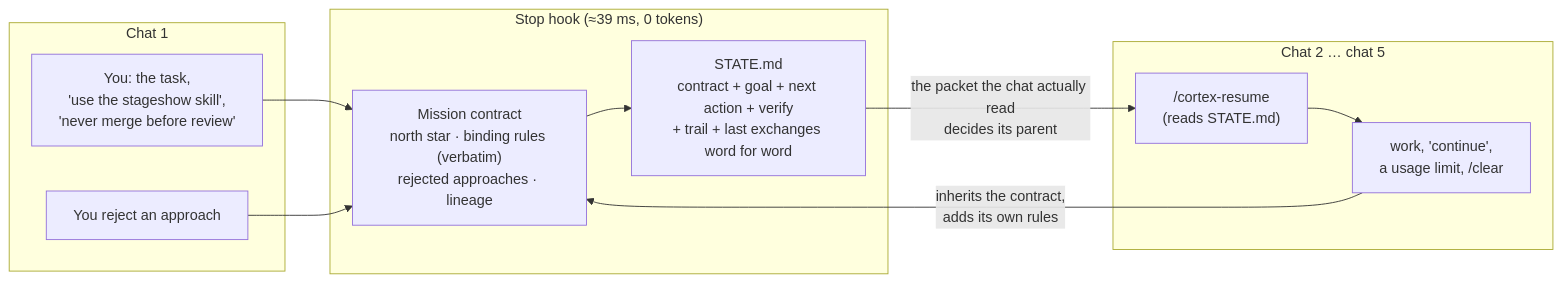
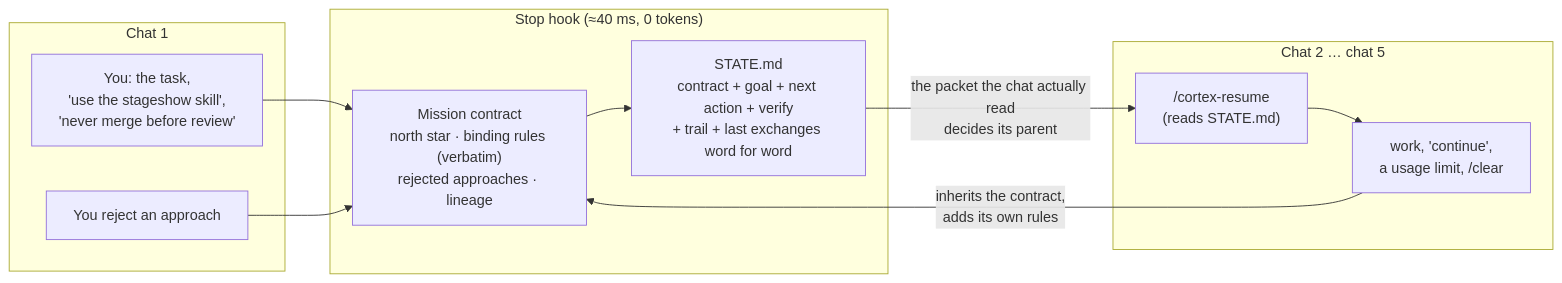
One commit to kafilcodes/kapex-cortex changed the first of 4 diagrams in docs/ARCHITECTURE.md. Above: the diagram before and after it, drawn with Mermaid. The commit also changed other lines of this file and 24 other files, not shown here.

````diff
--- a/docs/ARCHITECTURE.md
+++ b/docs/ARCHITECTURE.md
@@ -9,21 +9,21 @@
 ```mermaid
 flowchart LR
     subgraph C1["Chat 1"]
         U1["You: the task,<br/>'use the stageshow skill',<br/>'never merge before review'"]
         R1["You reject an approach"]
     end
-    subgraph V["Stop hook (≈39 ms, 0 tokens)"]
+    subgraph V["Stop hook (≈40 ms, 0 tokens)"]
         M["Mission contract<br/>north star · binding rules (verbatim)<br/>rejected approaches · lineage"]
         S["STATE.md<br/>contract + goal + next action + verify<br/>+ trail + last exchanges word for word"]
     end
     subgraph C2["Chat 2 … chat 5"]
         R2["/cortex-resume<br/>(reads STATE.md)"]
         W2["work, 'continue',<br/>a usage limit, /clear"]
     end
     U1 --> M
     R1 --> M
     M --> S
     S -- "the packet the chat actually read<br/>decides its parent" --> R2
     R2 --> W2
     W2 -- "inherits the contract,<br/>adds its own rules" --> M
 ```
````
